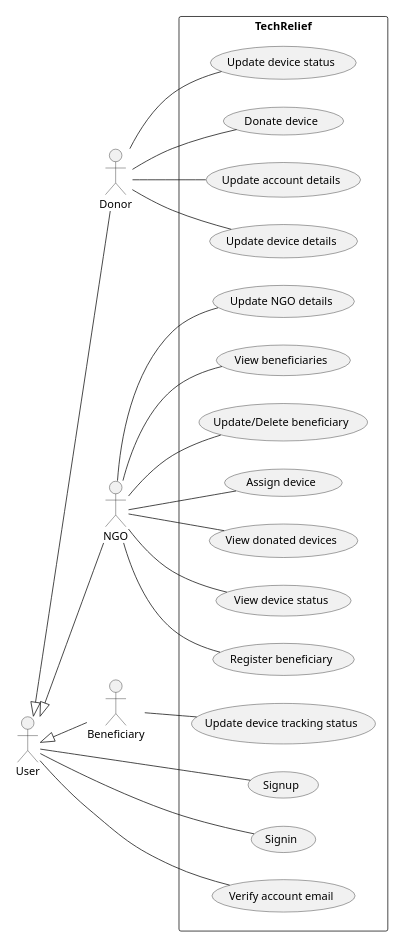
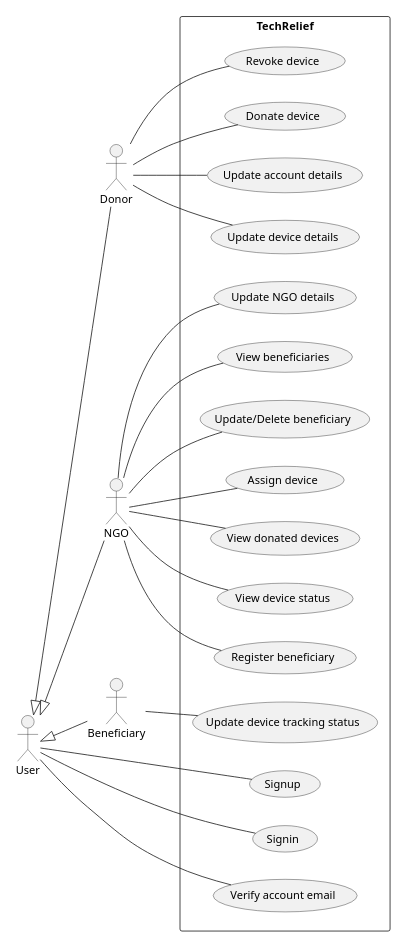
One commit to Thabo-ops/tech-relief-modeling changed the diagram in use-case.wsd. Above: the diagram before and after it, drawn with PlantUML. The commit also changed 3 other files, not shown here.

```diff
--- a/use-case.wsd
+++ b/use-case.wsd
@@ -1,35 +1,35 @@
 @startuml TechReliefUseCases
 User <|-- Donor
 User <|-- NGO
 User <|-- Beneficiary
 
 scale 800 width
 scale 600 height
 
 rectangle TechRelief {
   left to right direction
 
   together {
     User -- (Signup)
     User -- (Signin)
     User -- (Verify account email)
   }
 
   Donor -- (Donate device)
   Donor -- (Update account details)
   Donor -- (Update device details)
-  Donor -- (Update device status)
+  Donor -- (Revoke device)
 
   NGO -- (Register beneficiary)
   NGO -- (Update NGO details)
   NGO -- (View beneficiaries)
   NGO -- (Update/Delete beneficiary)
   NGO -- (Assign device) 
   NGO -- (View donated devices)
   NGO -- (View device status)
   
 
   Beneficiary -- (Update device tracking status)
 
 }
 @enduml
```
